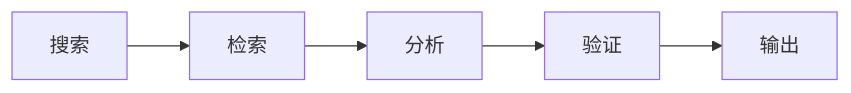
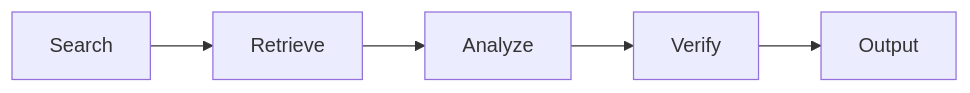
Before and after one commit to truthvalidator/TruthValidatorAgent: the fourth of 11 diagrams in docs/lightpaper.md, drawn with Mermaid. The commit also changed other lines of this file and 1 other file, not shown here.

````diff
--- a/docs/lightpaper.md
+++ b/docs/lightpaper.md
@@ -76,7 +76,7 @@
 ```mermaid
 graph LR
-    S[搜索] --> R[检索]
-    R --> A[分析]
-    A --> V[验证]
-    V --> O[输出]
+    S[Search] --> R[Retrieve]
+    R --> A[Analyze]
+    A --> V[Verify]
+    V --> O[Output]
 ```
````
